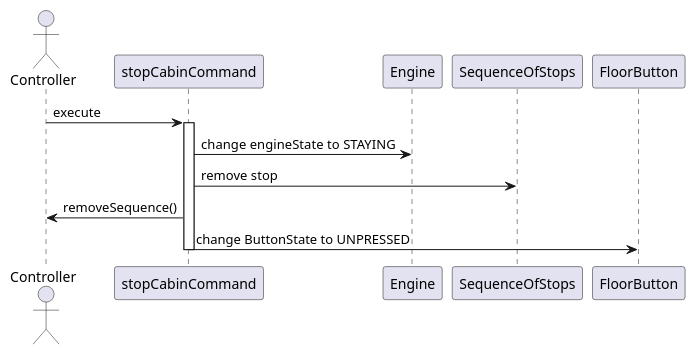
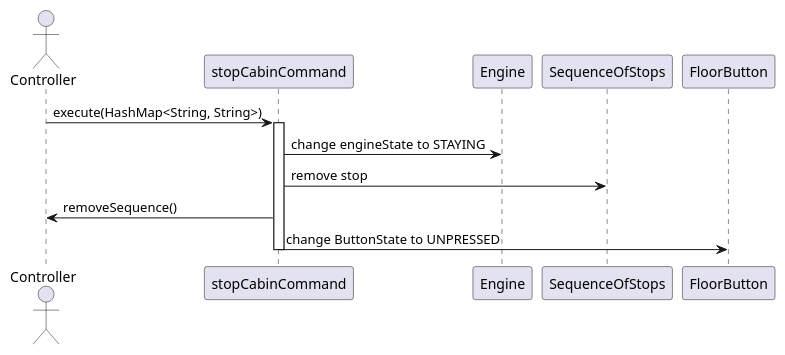
The diagram in src/documentation/command/stopCabinCommand.puml (valentynliubchenko/BomElevator), drawn with PlantUML before and after one commit. The commit also changed 3 other files, not shown here.

```diff
--- a/src/documentation/command/stopCabinCommand.puml
+++ b/src/documentation/command/stopCabinCommand.puml
@@ -1,13 +1,13 @@
 @startuml
 
 actor Controller
 
-Controller -> stopCabinCommand: execute
+Controller -> stopCabinCommand: execute(HashMap<String, String>)
 activate stopCabinCommand
 stopCabinCommand -> Engine: change engineState to STAYING
 stopCabinCommand -> SequenceOfStops: remove stop
 stopCabinCommand -> Controller: removeSequence()
 stopCabinCommand -> FloorButton: change ButtonState to UNPRESSED
 deactivate stopCabinCommand
 
 @enduml
```
